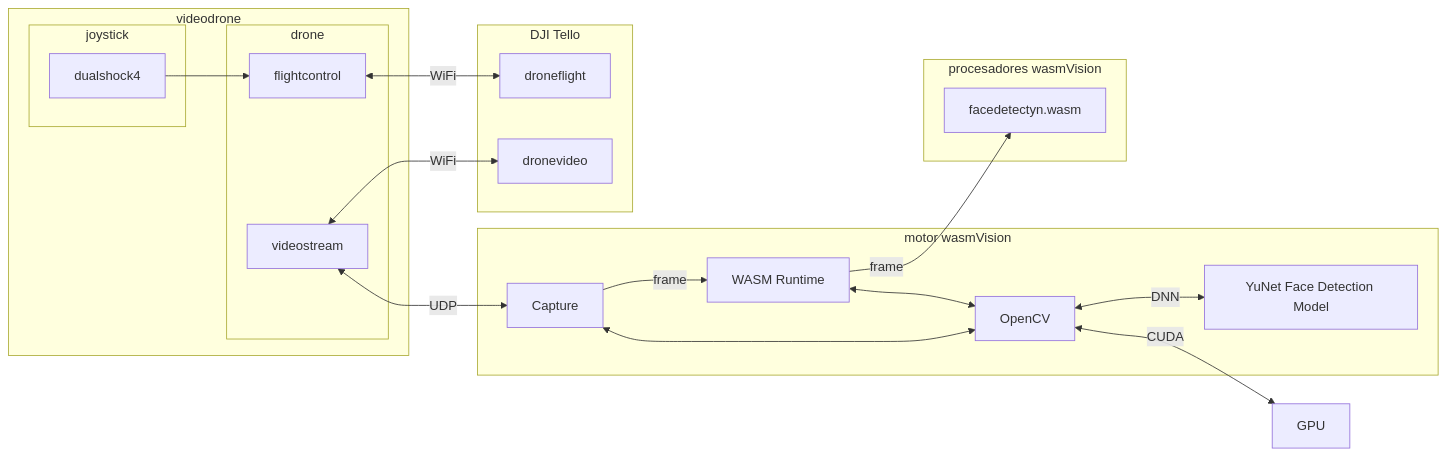
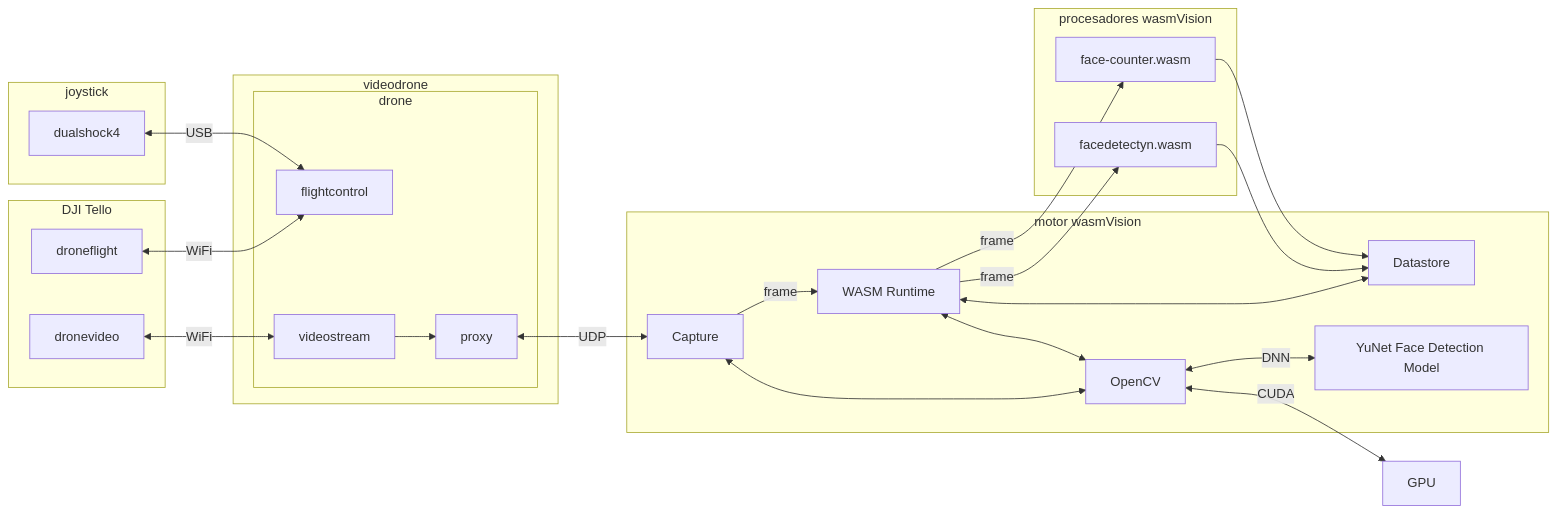
Before and after one commit to deadprogram/gomad2025: the first of 4 diagrams in diagrams/videodrone.md, drawn with Mermaid. The commit also changed other lines of this file and 10 other files, not shown here.

````diff
--- a/diagrams/videodrone.md
+++ b/diagrams/videodrone.md
@@ -1,28 +1,32 @@
 ```mermaid
 flowchart LR
 subgraph videodrone
-    subgraph joystick
-        dualshock4
-    end
     subgraph drone
-        dualshock4-->flightcontrol
-        videostream
+        flightcontrol
+        videostream-->proxy
     end
 end
 subgraph motor wasmVision
-    videostream<--UDP-->Capture
+    proxy<--UDP-->Capture
     Runtime[WASM Runtime]
     Capture--frame-->Runtime
     Capture<-->OpenCV
     Runtime<-->OpenCV
+    Runtime<-->Datastore
     OpenCV<--DNN-->YuNet[YuNet Face Detection Model]
 end
 OpenCV<--CUDA-->GPU
 subgraph procesadores wasmVision
     Runtime--frame-->facedetectyn.wasm
+    Runtime--frame-->face-counter.wasm
+    facedetectyn.wasm-->Datastore
+    face-counter.wasm-->Datastore
 end
 subgraph DJI Tello
-    flightcontrol<-- WiFi -->droneflight
-    videostream<-- WiFi -->dronevideo
+    droneflight<-- WiFi -->flightcontrol
+    dronevideo<-- WiFi -->videostream
+end
+subgraph joystick
+    dualshock4<-- USB -->flightcontrol
 end
 ```
````
